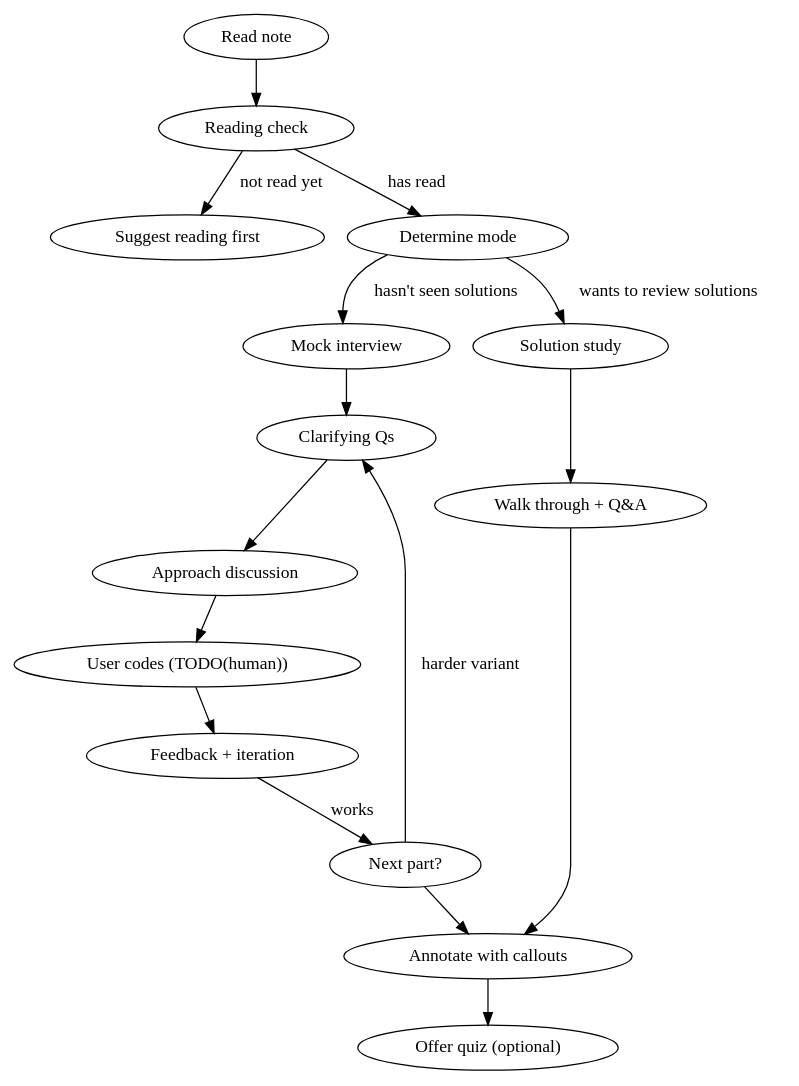
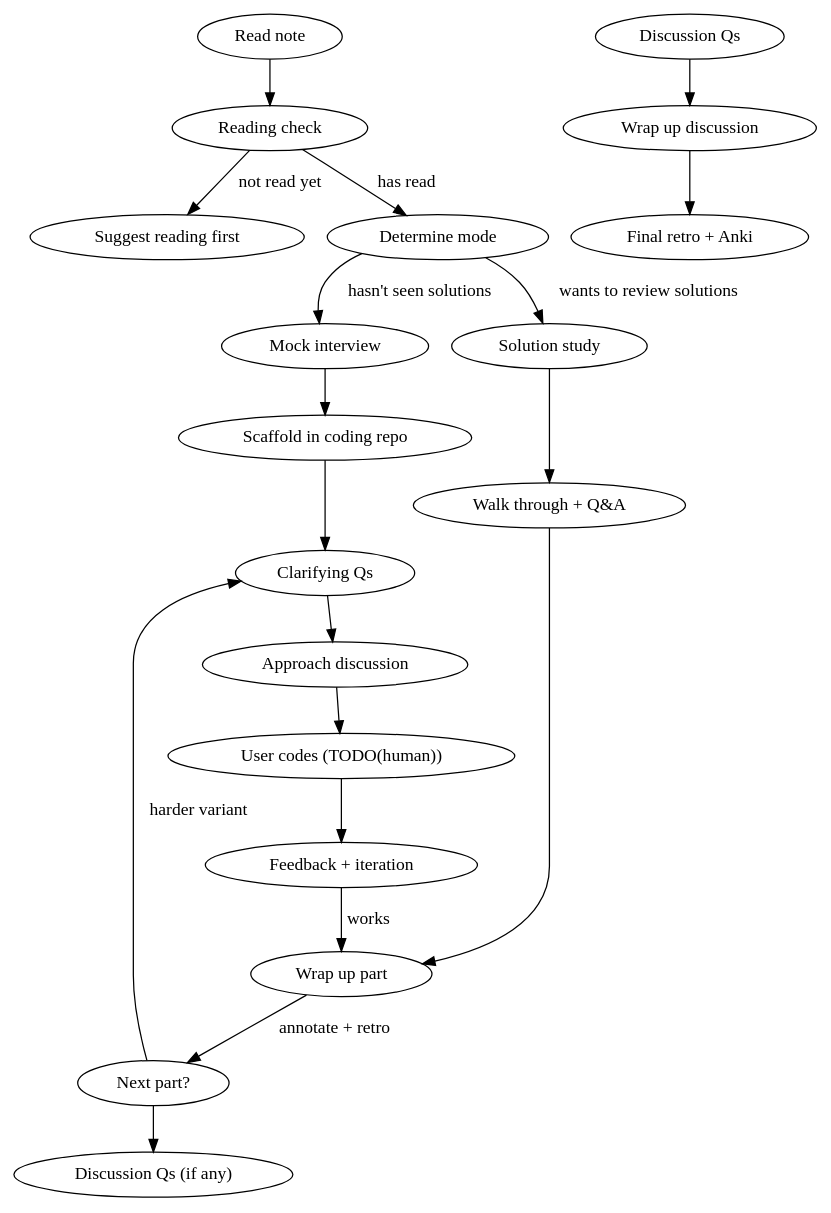
One commit to ziyunli/quartz changed the diagram in .claude/skills/studying-coding-challenges/SKILL.md. Above: the diagram before and after it, drawn with Graphviz. The commit also changed other lines of this file, not shown here.

````diff
--- a/.claude/skills/studying-coding-challenges/SKILL.md
+++ b/.claude/skills/studying-coding-challenges/SKILL.md
@@ -12,19 +12,22 @@
 ```dot
 digraph study_flow {
   "Read note" -> "Reading check";
   "Reading check" -> "Suggest reading first" [label="not read yet"];
   "Reading check" -> "Determine mode" [label="has read"];
   "Determine mode" -> "Mock interview" [label="hasn't seen solutions"];
   "Determine mode" -> "Solution study" [label="wants to review solutions"];
-  "Mock interview" -> "Clarifying Qs";
+  "Mock interview" -> "Scaffold in coding repo";
+  "Scaffold in coding repo" -> "Clarifying Qs";
   "Clarifying Qs" -> "Approach discussion";
   "Approach discussion" -> "User codes (TODO(human))";
   "User codes (TODO(human))" -> "Feedback + iteration";
-  "Feedback + iteration" -> "Next part?" [label="works"];
+  "Feedback + iteration" -> "Wrap up part" [label="works"];
+  "Wrap up part" -> "Next part?" [label="annotate + retro"];
   "Next part?" -> "Clarifying Qs" [label="harder variant"];
-  "Next part?" -> "Annotate with callouts";
+  "Next part?" -> "Discussion Qs (if any)";
+  "Discussion Qs" -> "Wrap up discussion";
+  "Wrap up discussion" -> "Final retro + Anki";
   "Solution study" -> "Walk through + Q&A";
-  "Walk through + Q&A" -> "Annotate with callouts";
-  "Annotate with callouts" -> "Offer quiz (optional)";
+  "Walk through + Q&A" -> "Wrap up part";
 }
 ```
````
